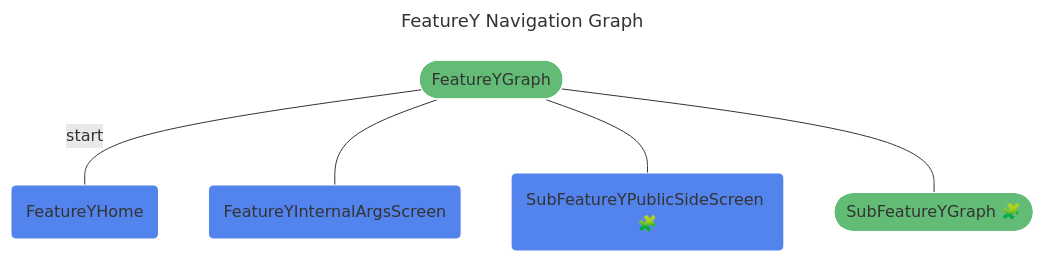
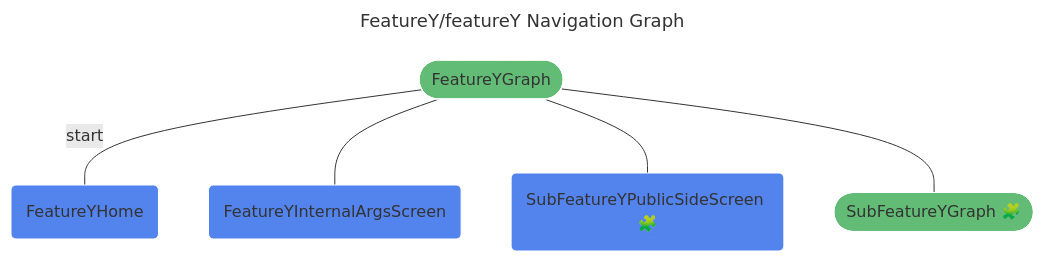
The diagram in playground/docs/FeatureYNavGraph.mmd (raamcosta/compose-destinations), drawn with Mermaid before and after one commit. The commit also changed 11 other files, not shown here.

```diff
--- a/playground/docs/FeatureYNavGraph.mmd
+++ b/playground/docs/FeatureYNavGraph.mmd
@@ -1,16 +1,16 @@
 ---
-title: FeatureY Navigation Graph
+title: FeatureY/featureY Navigation Graph
 ---
 %%{init: {'theme':'base', 'themeVariables': { 'primaryTextColor': '#fff' }}%%
 graph TD
-feature_y(["FeatureYGraph"]) -- "start" --- feature_y_home("FeatureYHome")
-feature_y(["FeatureYGraph"]) --- feature_y_internal_args_screen("FeatureYInternalArgsScreen")
-feature_y(["FeatureYGraph"]) --- sub_feature_y_public_side_screen_destination("SubFeatureYPublicSideScreen 🧩")
-feature_y(["FeatureYGraph"]) --- sub_feature_y_nav_g(["SubFeatureYGraph 🧩"])
+feature_y/feature_y(["FeatureYGraph"]) -- "start" --- feature_y/feature_y_home("FeatureYHome")
+feature_y/feature_y(["FeatureYGraph"]) --- feature_y/feature_y_internal_args_screen("FeatureYInternalArgsScreen")
+feature_y/feature_y(["FeatureYGraph"]) --- sub_feature_y_public_side_screen_destination("SubFeatureYPublicSideScreen 🧩")
+feature_y/feature_y(["FeatureYGraph"]) --- sub_feature_y_nav_g(["SubFeatureYGraph 🧩"])
 
 click sub_feature_y_nav_g "SubFeatureYNavGraph.mmd" "See SubFeatureYGraph details" _blank
 
 classDef destination fill:#5383EC,stroke:#ffffff;
-class feature_y_home,feature_y_internal_args_screen,sub_feature_y_public_side_screen_destination destination;
+class feature_y/feature_y_home,feature_y/feature_y_internal_args_screen,sub_feature_y_public_side_screen_destination destination;
 classDef navgraph fill:#63BC76,stroke:#ffffff;
-class feature_y,sub_feature_y_nav_g navgraph;
+class feature_y/feature_y,sub_feature_y_nav_g navgraph;
```
